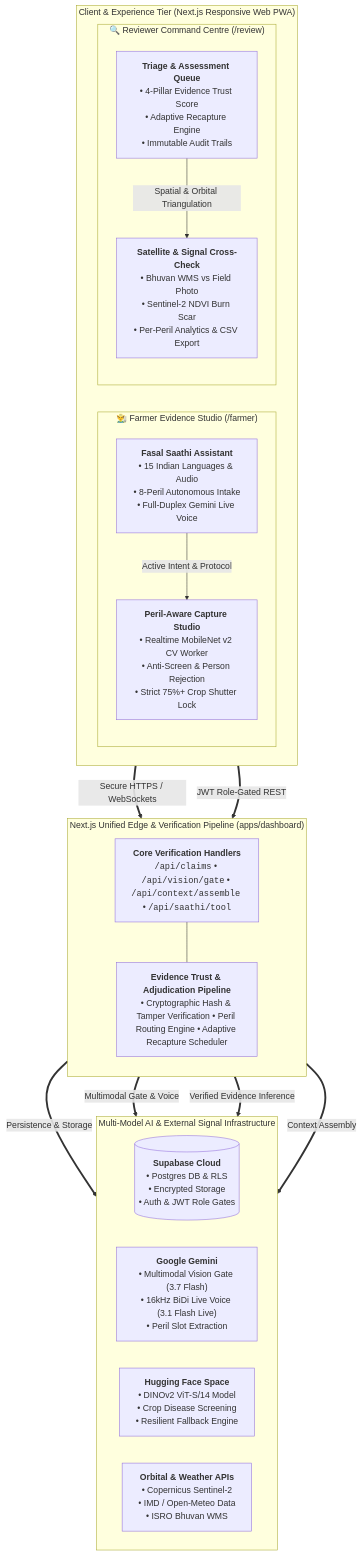
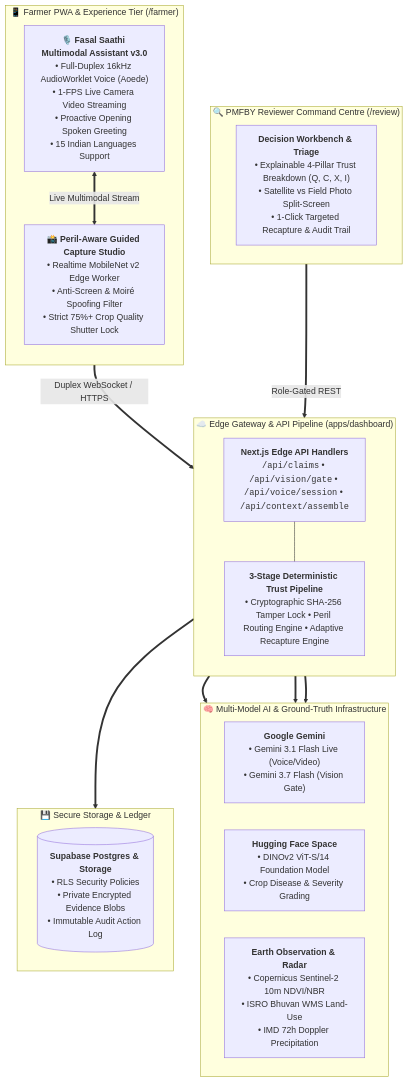
The diagram in README.md (dhrrishitvdeka/Fasal-Pramaan), drawn with Mermaid before and after one commit. The commit also changed other lines of this file, not shown here.

Commit message:
docs(readme): refine root README into an executive overview with architecture, core innovations, docs sitemap, and contributors

````diff
--- a/README.md
+++ b/README.md
@@ -29,44 +35,44 @@
 ```mermaid
 flowchart TB
   %% Client / Browser Tier
-  subgraph T_CLIENT["Client & Experience Tier (Next.js Responsive Web PWA)"]
-    direction LR
-    subgraph P_FARMER["👨‍🌾 Farmer Evidence Studio (/farmer)"]
-      F_SAATHI["<b>Fasal Saathi Assistant</b><br/>• 15 Indian Languages & Audio<br/>• 8-Peril Autonomous Intake<br/>• Full-Duplex Gemini Live Voice"]
-      F_CAPTURE["<b>Peril-Aware Capture Studio</b><br/>• Realtime MobileNet v2 CV Worker<br/>• Anti-Screen & Person Rejection<br/>• Strict 75%+ Crop Shutter Lock"]
-      F_SAATHI -->|"Active Intent & Protocol"| F_CAPTURE
-    end
-
-    subgraph P_REVIEWER["🔍 Reviewer Command Centre (/review)"]
-      R_QUEUE["<b>Triage & Assessment Queue</b><br/>• 4-Pillar Evidence Trust Score<br/>• Adaptive Recapture Engine<br/>• Immutable Audit Trails"]
-      R_SAT["<b>Satellite & Signal Cross-Check</b><br/>• Bhuvan WMS vs Field Photo<br/>• Sentinel-2 NDVI Burn Scar<br/>• Per-Peril Analytics & CSV Export"]
-      R_QUEUE -->|"Spatial & Orbital Triangulation"| R_SAT
-    end
+  subgraph T_CLIENT["📱 Farmer PWA & Experience Tier (/farmer)"]
+    direction TB
+    F_SAATHI["<b>🎙️ Fasal Saathi Multimodal Assistant v3.0</b><br/>• Full-Duplex 16kHz AudioWorklet Voice (Aoede)<br/>• 1-FPS Live Camera Video Streaming<br/>• Proactive Opening Spoken Greeting<br/>• 15 Indian Languages Support"]
+    F_CAPTURE["<b>📸 Peril-Aware Guided Capture Studio</b><br/>• Realtime MobileNet v2 Edge Worker<br/>• Anti-Screen & Moiré Spoofing Filter<br/>• Strict 75%+ Crop Quality Shutter Lock"]
+    F_SAATHI <== "Live Multimodal Stream" ==> F_CAPTURE
   end
 
-  %% Edge API & Pipeline Tier
-  subgraph T_GATEWAY["Next.js Unified Edge & Verification Pipeline (apps/dashboard)"]
+  %% Gateway & Routing Tier
+  subgraph T_GATEWAY["☁️ Edge Gateway & API Pipeline (apps/dashboard)"]
     direction TB
-    API_ROUTES["<b>Core Verification Handlers</b><br/><code>/api/claims</code> • <code>/api/vision/gate</code> • <code>/api/context/assemble</code> • <code>/api/saathi/tool</code>"]
-    CORE_PIPELINE["<b>Evidence Trust & Adjudication Pipeline</b><br/>• Cryptographic Hash & Tamper Verification • Peril Routing Engine • Adaptive Recapture Scheduler"]
+    API_ROUTES["<b>Next.js Edge API Handlers</b><br/><code>/api/claims</code> • <code>/api/vision/gate</code> • <code>/api/voice/session</code> • <code>/api/context/assemble</code>"]
+    CORE_PIPELINE["<b>3-Stage Deterministic Trust Pipeline</b><br/>• Cryptographic SHA-256 Tamper Lock • Peril Routing Engine • Adaptive Recapture Engine"]
     API_ROUTES --- CORE_PIPELINE
   end
 
-  %% Integrated Cloud & Inference Tier
-  subgraph T_SERVICES["Multi-Model AI & External Signal Infrastructure"]
+  %% Multi-Model AI & External Signals Tier
+  subgraph T_SERVICES["🧠 Multi-Model AI & Ground-Truth Infrastructure"]
     direction LR
-    S_SUPABASE[("<b>Supabase Cloud</b><br/>• Postgres DB & RLS<br/>• Encrypted Storage<br/>• Auth & JWT Role Gates")]
-    S_GEMINI["<b>Google Gemini</b><br/>• Multimodal Vision Gate (3.7 Flash)<br/>• 16kHz BiDi Live Voice (3.1 Flash Live)<br/>• Peril Slot Extraction"]
-    S_HF["<b>Hugging Face Space</b><br/>• DINOv2 ViT-S/14 Model<br/>• Crop Disease Screening<br/>• Resilient Fallback Engine"]
-    S_SIGNALS["<b>Orbital & Weather APIs</b><br/>• Copernicus Sentinel-2<br/>• IMD / Open-Meteo Data<br/>• ISRO Bhuvan WMS"]
+    S_GEMINI["<b>Google Gemini</b><br/>• Gemini 3.1 Flash Live (Voice/Video)<br/>• Gemini 3.7 Flash (Vision Gate)"]
+    S_HF["<b>Hugging Face Space</b><br/>• DINOv2 ViT-S/14 Foundation Model<br/>• Crop Disease & Severity Grading"]
+    S_SIGNALS["<b>Earth Observation & Radar</b><br/>• Copernicus Sentinel-2 10m NDVI/NBR<br/>• ISRO Bhuvan WMS Land-Use<br/>• IMD 72h Doppler Precipitation"]
   end
 
-  %% Connections
-  P_FARMER ==>|"Secure HTTPS / WebSockets"| API_ROUTES
-  P_REVIEWER ==>|"JWT Role-Gated REST"| API_ROUTES
+  %% Reviewer Tier
+  subgraph T_REVIEWER["🔍 PMFBY Reviewer Command Centre (/review)"]
+    R_QUEUE["<b>Decision Workbench & Triage</b><br/>• Explainable 4-Pillar Trust Breakdown (Q, C, X, I)<br/>• Satellite vs Field Photo Split-Screen<br/>• 1-Click Targeted Recapture & Audit Trail"]
+  end
 
-  CORE_PIPELINE ==>|"Persistence & Storage"| S_SUPABASE
-  CORE_PIPELINE ==>|"Multimodal Gate & Voice"| S_GEMINI
-  CORE_PIPELINE ==>|"Verified Evidence Inference"| S_HF
-  CORE_PIPELINE ==>|"Context Assembly"| S_SIGNALS
+  %% Persistence
+  subgraph T_STORAGE["💾 Secure Storage & Ledger"]
+    S_SUPABASE[("<b>Supabase Postgres & Storage</b><br/>• RLS Security Policies<br/>• Private Encrypted Evidence Blobs<br/>• Immutable Audit Action Log")]
+  end
+
+  %% Flow Connections
+  T_CLIENT ==>|"Duplex WebSocket / HTTPS"| API_ROUTES
+  T_REVIEWER ==>|"Role-Gated REST"| API_ROUTES
+  CORE_PIPELINE ==> S_GEMINI
+  CORE_PIPELINE ==> S_HF
+  CORE_PIPELINE ==> S_SIGNALS
+  API_ROUTES ==> T_STORAGE
 ```
````
